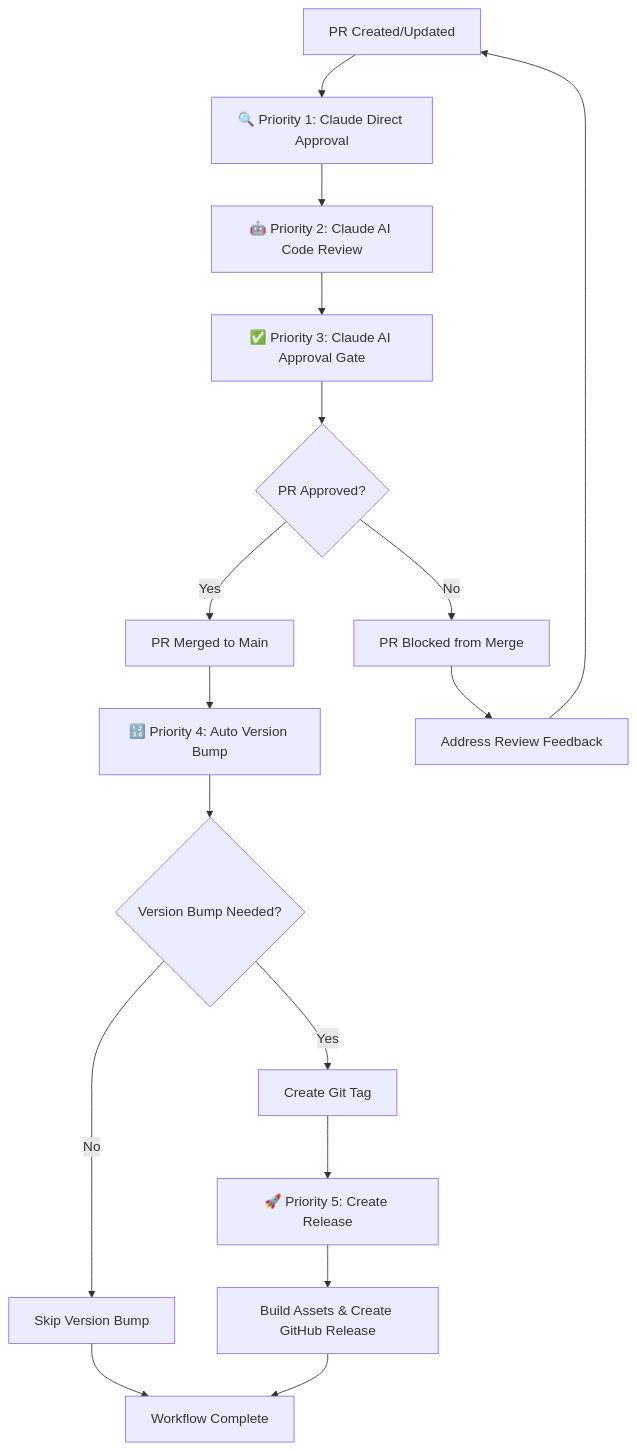
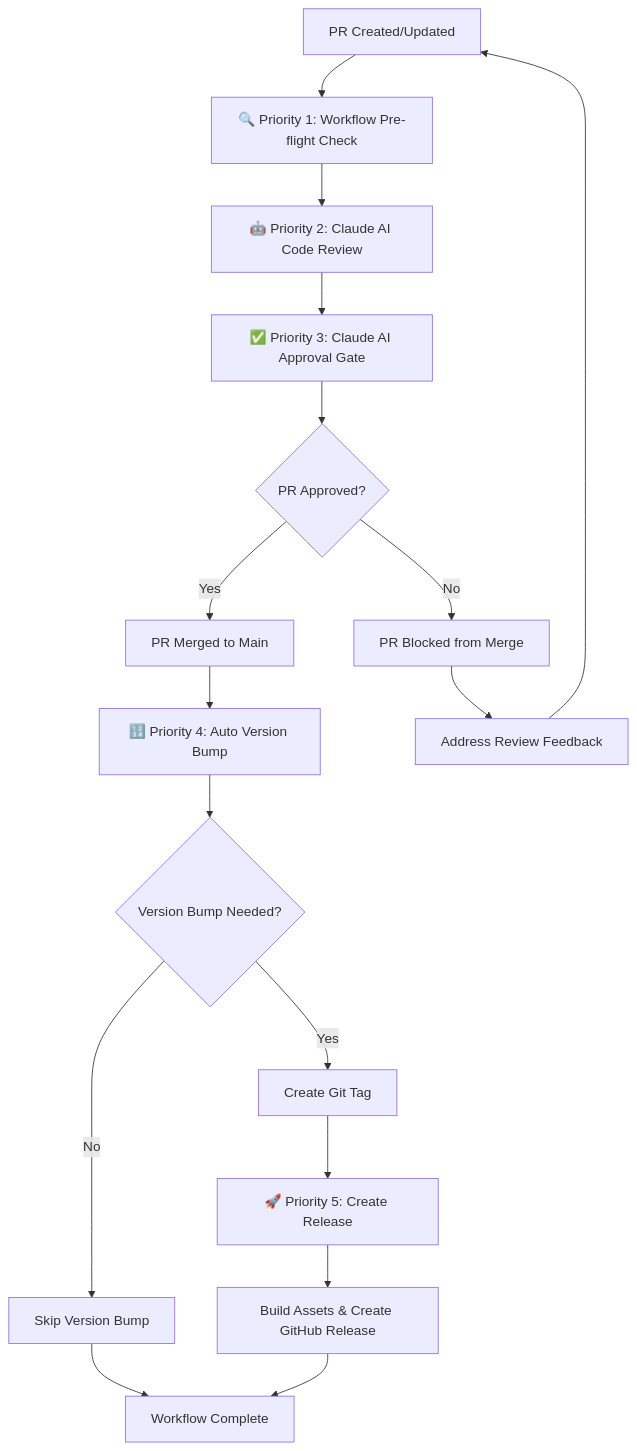
Before and after one commit to blaze-commerce/blazecommerce-wp-plugin: the diagram in docs/development/claude-workflow-sequence.md, drawn with Mermaid. The commit also changed other lines of this file and 19 other files, not shown here.

````diff
--- a/docs/development/claude-workflow-sequence.md
+++ b/docs/development/claude-workflow-sequence.md
@@ -91,23 +91,23 @@
 ```mermaid
 graph TD
-    A[PR Created/Updated] --> B[🔍 Priority 1: Claude Direct Approval]
+    A[PR Created/Updated] --> B[🔍 Priority 1: Workflow Pre-flight Check]
     B --> C[🤖 Priority 2: Claude AI Code Review]
     C --> D[✅ Priority 3: Claude AI Approval Gate]
 
     D --> E{PR Approved?}
     E -->|Yes| F[PR Merged to Main]
     E -->|No| G[PR Blocked from Merge]
 
     F --> H[🔢 Priority 4: Auto Version Bump]
     H --> I{Version Bump Needed?}
     I -->|Yes| J[Create Git Tag]
     I -->|No| K[Skip Version Bump]
 
     J --> L[🚀 Priority 5: Create Release]
     L --> M[Build Assets & Create GitHub Release]
 
     K --> N[Workflow Complete]
     M --> N
     G --> O[Address Review Feedback]
     O --> A
 ```
````
